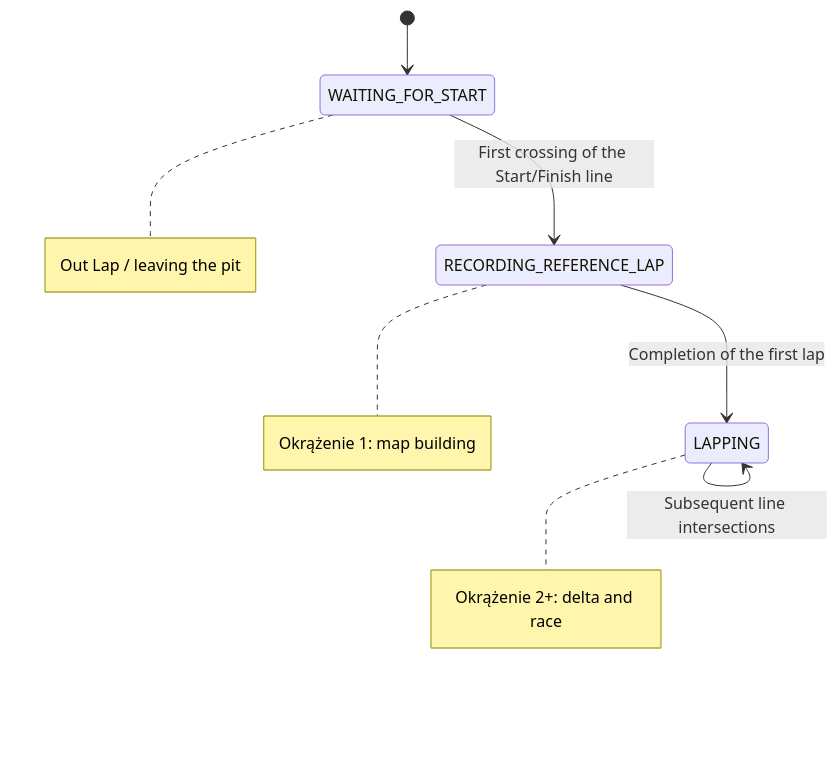
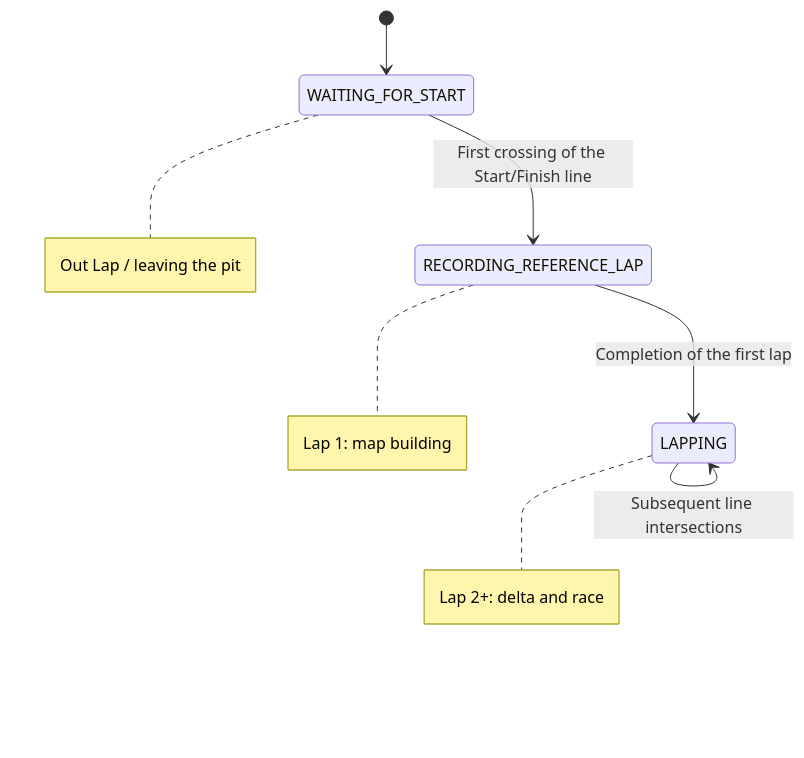
Before and after one commit to PUT-Motorsport/PUTM_VP_LAPTIMER: the diagram in README.md, drawn with Mermaid.

Commit message:
Update lap terminology in README.md

````diff
--- a/README.md
+++ b/README.md
@@ -42,23 +42,23 @@
 ```mermaid
 stateDiagram-v2
     [*] --> WAITING
     
     state "WAITING_FOR_START" as WAITING
     note right of WAITING
         Out Lap / leaving the pit
     end note
 
     state "RECORDING_REFERENCE_LAP" as RECORDING
     note right of RECORDING
-        Okrążenie 1: map building
+        Lap 1: map building
     end note
 
     state "LAPPING" as LAPPING
     note right of LAPPING
-        Okrążenie 2+: delta and race
+        Lap 2+: delta and race
     end note
 
     WAITING --> RECORDING: First crossing of the Start/Finish line
     RECORDING --> LAPPING: Completion of the first lap
     LAPPING --> LAPPING: Subsequent line intersections
 ```
````
